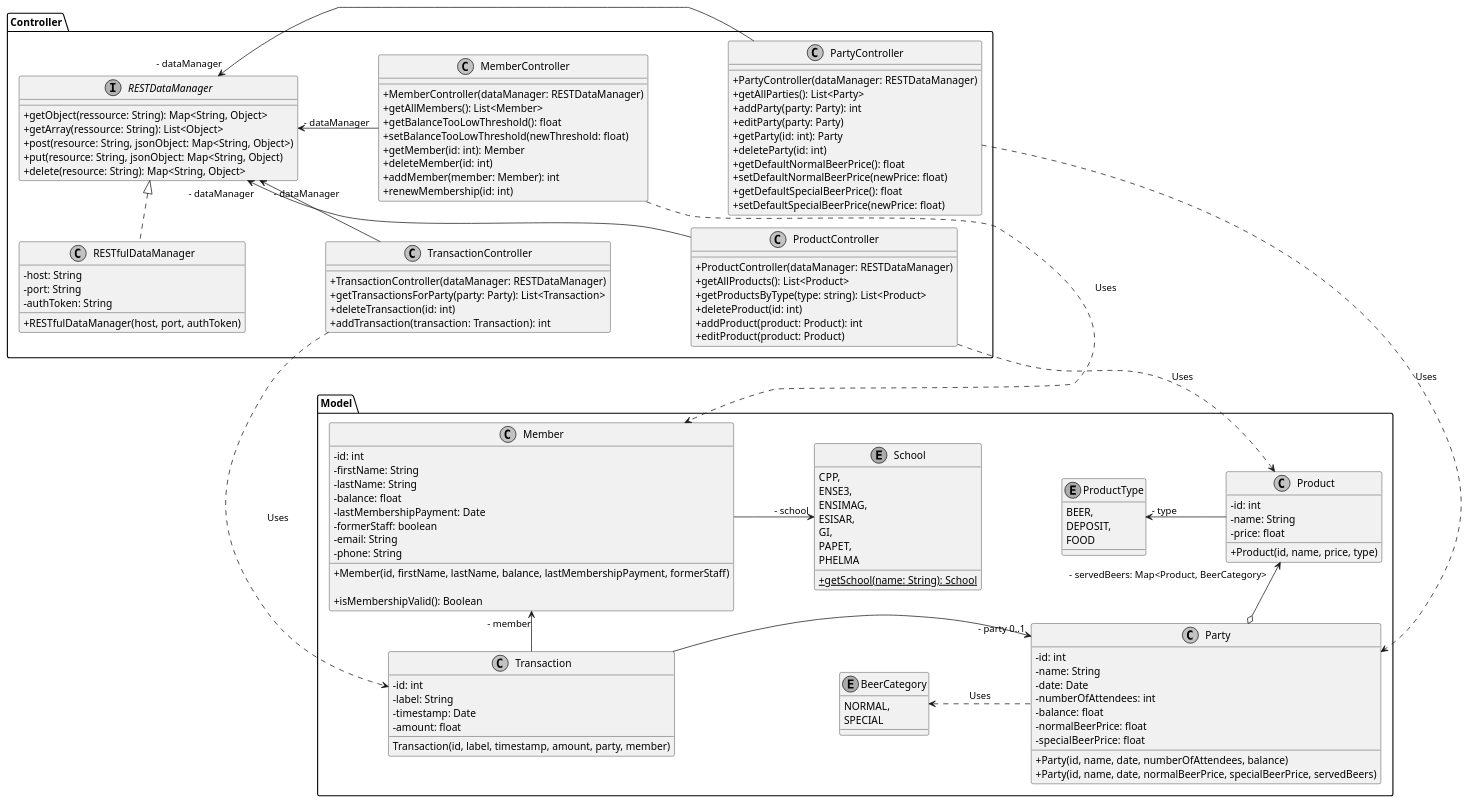
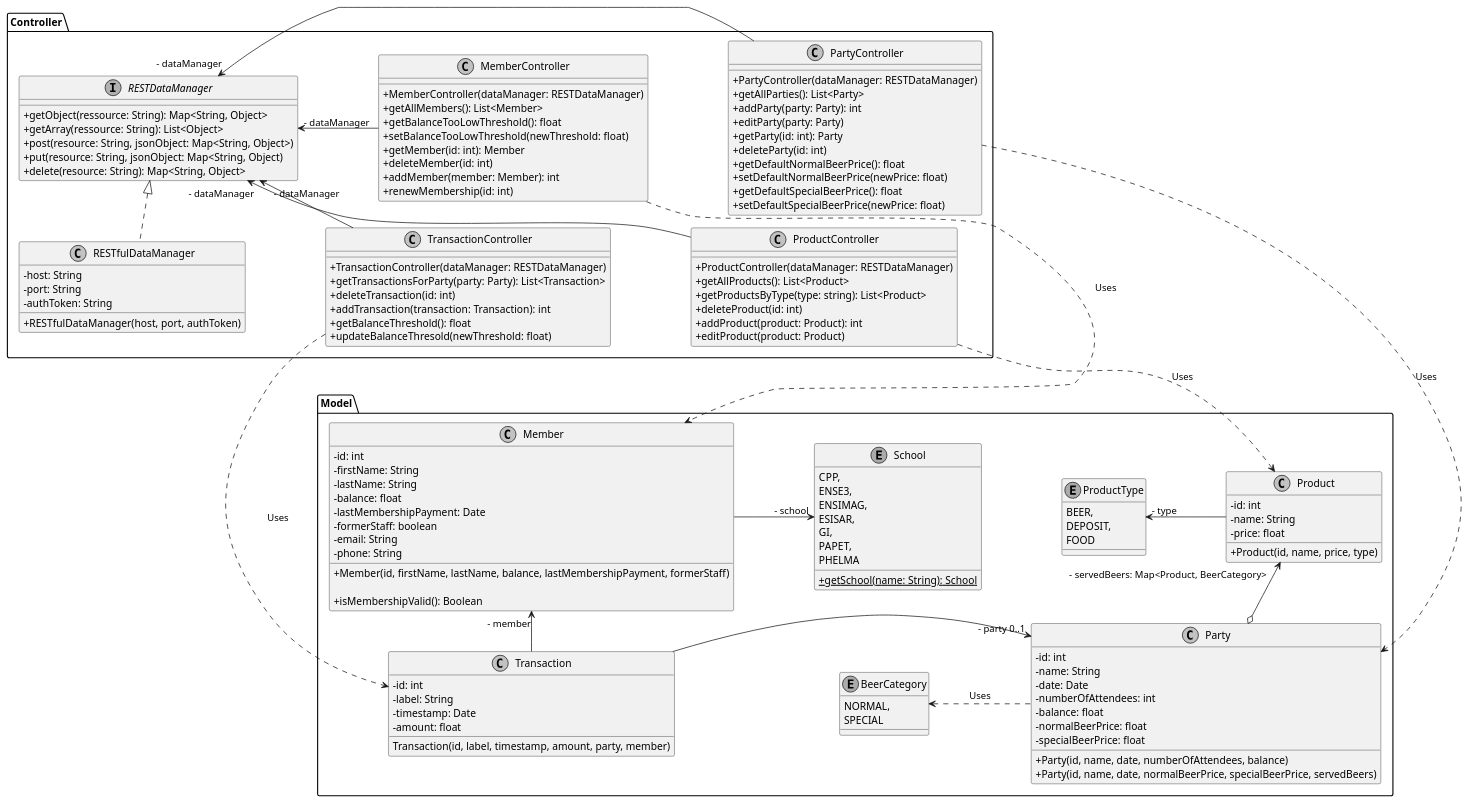
The diagram in docs/front-end/classDiagram.puml (lutrampal/sbeereck-app), drawn with PlantUML before and after one commit. The commit also changed 36 other files, not shown here.

```diff
--- a/docs/front-end/classDiagram.puml
+++ b/docs/front-end/classDiagram.puml
@@ -1,157 +1,159 @@
 @startuml
 skinparam monochrome true
 skinparam classAttributeIconSize 0
 skinparam nodesep 110
 skinparam ranksep 10
 
 package Model {
 	class Party {
 		- id: int
 		- name: String
 		- date: Date
 		- numberOfAttendees: int
 		- balance: float
 		- normalBeerPrice: float
 		- specialBeerPrice: float
 		+ Party(id, name, date, numberOfAttendees, balance)
 		+ Party(id, name, date, normalBeerPrice, specialBeerPrice, servedBeers)
 	}
 
 	class Product {
 		- id: int
 		- name: String
 		- price: float
 		+ Product(id, name, price, type)
 	}
 
 	enum ProductType {
 		BEER,
 		DEPOSIT,
 		FOOD
 	}
 
 	ProductType "- type" <- Product
 
 	enum BeerCategory {
 		NORMAL,
 		SPECIAL
 	}
 
 	Product "- servedBeers: Map<Product, BeerCategory>" <--o Party
 
 	BeerCategory <. Party: Uses
 	
 	class Member {
 		- id: int
 		- firstName: String
 		- lastName: String
 		- balance: float
 		- lastMembershipPayment: Date
 		- formerStaff: boolean
 		- email: String
 		- phone: String
 		+ Member(id, firstName, lastName, balance, lastMembershipPayment, formerStaff)
 		
 		+ isMembershipValid(): Boolean
 	}
 
 	enum School {
 		CPP,
 		ENSE3,
 		ENSIMAG,
 		ESISAR,
 		GI,
 		PAPET,
 		PHELMA
 		+ {static} getSchool(name: String): School
 	}
 
 	Member -> "- school" School
 
 	class Transaction {
 		- id: int
 		- label: String
 		- timestamp: Date
 		- amount: float
 		Transaction(id, label, timestamp, amount, party, member)
 	}
 
 	Party "- party 0..1" <- Transaction
 	Member "- member" <-- Transaction
 }
 
 package Controller {
 	interface RESTDataManager {
 		+ getObject(ressource: String): Map<String, Object>
 		+ getArray(ressource: String): List<Object>
 		+ post(resource: String, jsonObject: Map<String, Object>)
 		+ put(resource: String, jsonObject: Map<String, Object)
 		+ delete(resource: String): Map<String, Object>
 	}
 
 	class RESTfulDataManager {
 		- host: String
 		- port: String
 		- authToken: String
 		+ RESTfulDataManager(host, port, authToken)
 	}
 
 	RESTDataManager <|.. RESTfulDataManager
 		
 
 	class PartyController {
 		+ PartyController(dataManager: RESTDataManager)
 		+ getAllParties(): List<Party>
 		+ addParty(party: Party): int
 		+ editParty(party: Party)
 		+ getParty(id: int): Party
 		+ deleteParty(id: int)
 		+ getDefaultNormalBeerPrice(): float
 		+ setDefaultNormalBeerPrice(newPrice: float)
 		+ getDefaultSpecialBeerPrice(): float
 		+ setDefaultSpecialBeerPrice(newPrice: float)
 	}
 
 	RESTDataManager "- dataManager" <- PartyController
 
 	class ProductController {
 		+ ProductController(dataManager: RESTDataManager)
 		+ getAllProducts(): List<Product>
 		+ getProductsByType(type: string): List<Product>
 		+ deleteProduct(id: int)
 		+ addProduct(product: Product): int
 		+ editProduct(product: Product)
 	}
 
 	RESTDataManager "- dataManager" <-- ProductController
 
 	class MemberController {
 		+ MemberController(dataManager: RESTDataManager)
 		+ getAllMembers(): List<Member>
 		+ getBalanceTooLowThreshold(): float
 		+ setBalanceTooLowThreshold(newThreshold: float)
 		+ getMember(id: int): Member
 		+ deleteMember(id: int)
 		+ addMember(member: Member): int
 		+ renewMembership(id: int)
 	}
 	
 	MemberController -> "- dataManager" RESTDataManager
 
 	Class TransactionController {
 		+ TransactionController(dataManager: RESTDataManager)
 		+ getTransactionsForParty(party: Party): List<Transaction>
 		+ deleteTransaction(id: int)
 		+ addTransaction(transaction: Transaction): int
+		+ getBalanceThreshold(): float
+		+ updateBalanceThresold(newThreshold: float)
 	}
 	
 	RESTDataManager "- dataManager" <-- TransactionController
 
 }
 
 PartyController ..> Party: Uses
 ProductController ..> Product: Uses
 MemberController ..> Member: Uses
 TransactionController ..> Transaction: Uses
 
 @enduml
```
